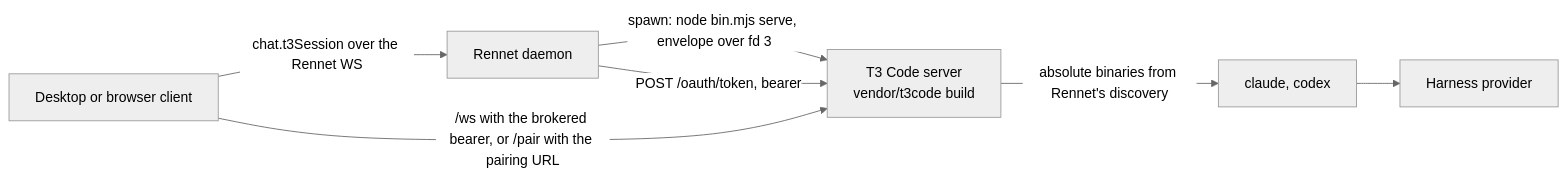
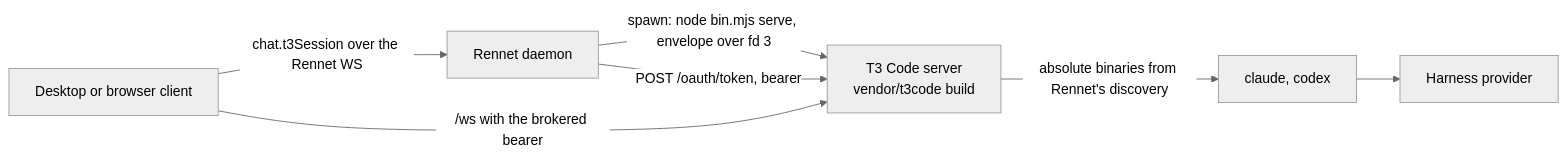
One commit to rbutera/Rennet changed the diagram in docs/developing/concepts/t3code-sidecar.md. Above: the diagram before and after it, drawn with Mermaid (neutral theme). The commit also changed other lines of this file and 99 other files, not shown here.

````diff
--- a/docs/developing/concepts/t3code-sidecar.md
+++ b/docs/developing/concepts/t3code-sidecar.md
@@ -14,9 +14,9 @@
 ```mermaid
 flowchart LR
   client[Desktop or browser client] -->|chat.t3Session over the Rennet WS| daemon[Rennet daemon]
   daemon -->|spawn: node bin.mjs serve, envelope over fd 3| sidecar[T3 Code server\nvendor/t3code build]
   daemon -->|POST /oauth/token, bearer| sidecar
-  client -->|/ws with the brokered bearer, or /pair with the pairing URL| sidecar
+  client -->|/ws with the brokered bearer| sidecar
   sidecar -->|absolute binaries from Rennet's discovery| harness[claude, codex]
   harness --> provider[Harness provider]
 ```
````
